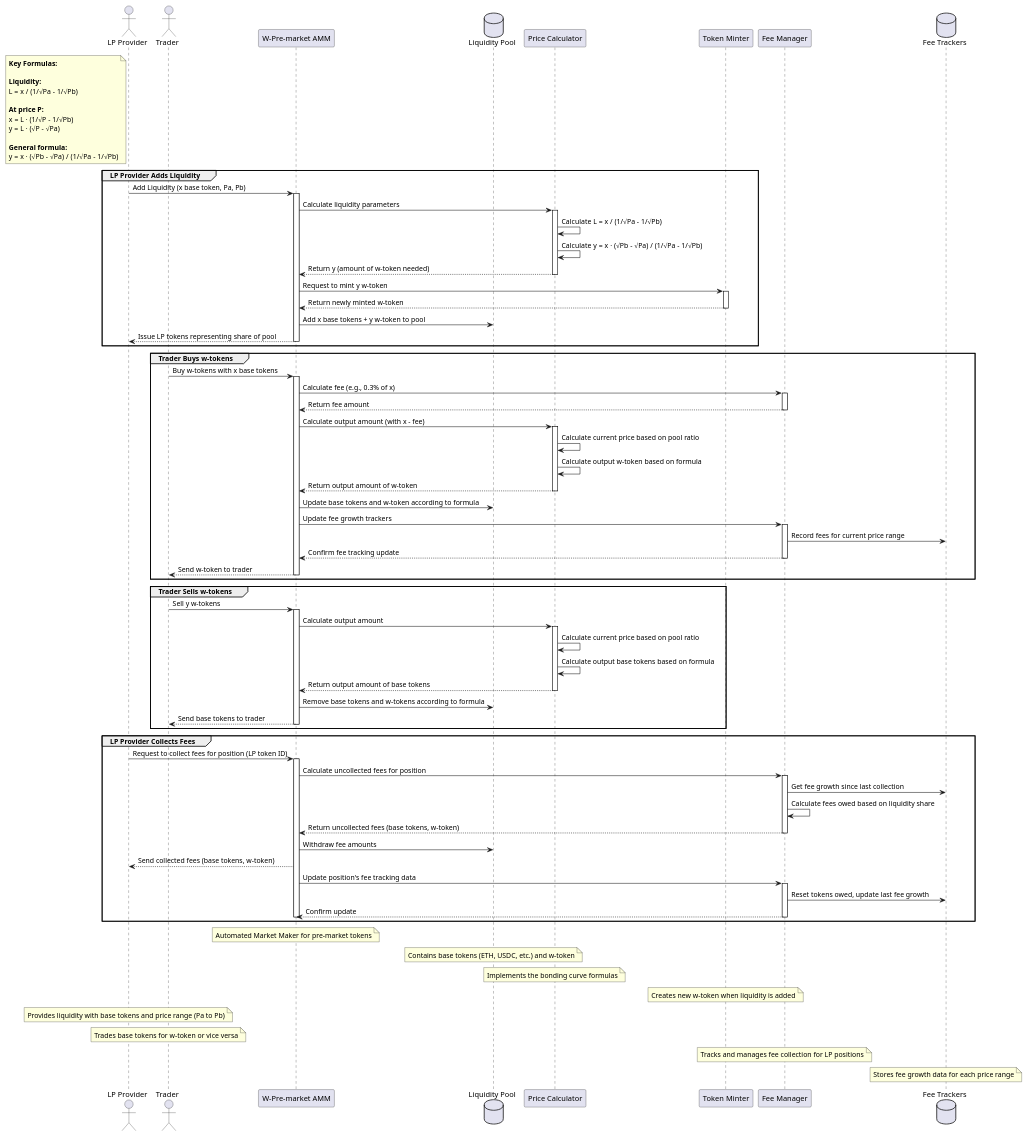
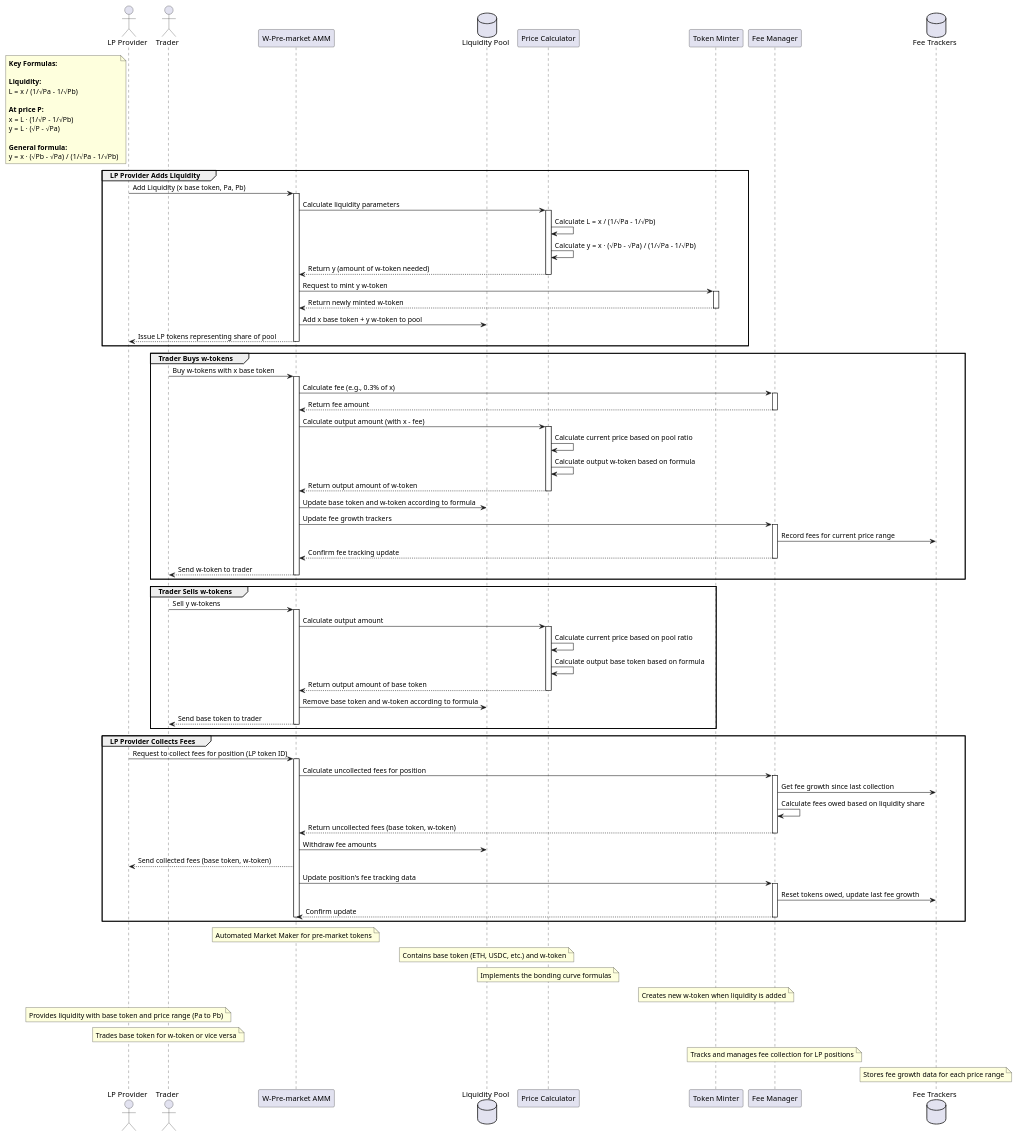
The diagram in whales/w_pre_market_amm.wsd (nierdna/hermit-diagrams), drawn with PlantUML before and after one commit. The commit also changed 3 other files, not shown here.

First line of the commit message:
Standardize base token terminology in W-Pre-market AMM documentation

```diff
--- a/whales/w_pre_market_amm.wsd
+++ b/whales/w_pre_market_amm.wsd
@@ -1,146 +1,146 @@
 @startuml W-Pre-market AMM System
 
 ' Define participants
 actor "LP Provider" as LPProvider
 actor "Trader" as Trader
 participant "W-Pre-market AMM" as AMM
 database "Liquidity Pool" as Pool
 participant "Price Calculator" as Calculator
 participant "Token Minter" as Minter
 participant "Fee Manager" as FeeManager
 database "Fee Trackers" as FeeTrackers
 
 ' Style
 skinparam sequence {
     ParticipantBackgroundColor LightBlue
     ActorBackgroundColor LightGreen
     DatabaseBackgroundColor LightPink
     LifeLineColor Gray
     BorderColor Black
 }
 
 ' Define mathematical formulas as notes
 note left of LPProvider
   <b>Key Formulas:</b>
   
   <b>Liquidity:</b>
   L = x / (1/√Pa - 1/√Pb)
   
   <b>At price P:</b>
   x = L · (1/√P - 1/√Pb)
   y = L · (√P - √Pa)
   
   <b>General formula:</b>
   y = x · (√Pb - √Pa) / (1/√Pa - 1/√Pb)
 end note
 
 ' LP Provider Flow
 group LP Provider Adds Liquidity
     LPProvider -> AMM: Add Liquidity (x base token, Pa, Pb)
     activate AMM
     
     AMM -> Calculator: Calculate liquidity parameters
     activate Calculator
     
     Calculator -> Calculator: Calculate L = x / (1/√Pa - 1/√Pb)
     Calculator -> Calculator: Calculate y = x · (√Pb - √Pa) / (1/√Pa - 1/√Pb)
     Calculator --> AMM: Return y (amount of w-token needed)
     deactivate Calculator
     
     AMM -> Minter: Request to mint y w-token
     activate Minter
     Minter --> AMM: Return newly minted w-token
     deactivate Minter
     
-    AMM -> Pool: Add x base tokens + y w-token to pool
+    AMM -> Pool: Add x base token + y w-token to pool
     AMM --> LPProvider: Issue LP tokens representing share of pool
     
     deactivate AMM
 end
 
 ' Trader Flow - Buy w-tokens
 group Trader Buys w-tokens
-    Trader -> AMM: Buy w-tokens with x base tokens
+    Trader -> AMM: Buy w-tokens with x base token
     activate AMM
     
     AMM -> FeeManager: Calculate fee (e.g., 0.3% of x)
     activate FeeManager
     FeeManager --> AMM: Return fee amount
     deactivate FeeManager
     
     AMM -> Calculator: Calculate output amount (with x - fee)
     activate Calculator
     
     Calculator -> Calculator: Calculate current price based on pool ratio
     Calculator -> Calculator: Calculate output w-token based on formula
     Calculator --> AMM: Return output amount of w-token
     deactivate Calculator
     
-    AMM -> Pool: Update base tokens and w-token according to formula
+    AMM -> Pool: Update base token and w-token according to formula
     
     AMM -> FeeManager: Update fee growth trackers
     activate FeeManager
     FeeManager -> FeeTrackers: Record fees for current price range
     FeeManager --> AMM: Confirm fee tracking update
     deactivate FeeManager
     
     AMM --> Trader: Send w-token to trader
     
     deactivate AMM
 end
 
 ' Trader Flow - Sell w-tokens
 group Trader Sells w-tokens
     Trader -> AMM: Sell y w-tokens
     activate AMM
     
     AMM -> Calculator: Calculate output amount
     activate Calculator
     
     Calculator -> Calculator: Calculate current price based on pool ratio
-    Calculator -> Calculator: Calculate output base tokens based on formula
-    Calculator --> AMM: Return output amount of base tokens
+    Calculator -> Calculator: Calculate output base token based on formula
+    Calculator --> AMM: Return output amount of base token
     deactivate Calculator
     
-    AMM -> Pool: Remove base tokens and w-tokens according to formula
-    AMM --> Trader: Send base tokens to trader
+    AMM -> Pool: Remove base token and w-token according to formula
+    AMM --> Trader: Send base token to trader
     
     deactivate AMM
 end
 
 ' Add a new flow for fee collection
 group LP Provider Collects Fees
     LPProvider -> AMM: Request to collect fees for position (LP token ID)
     activate AMM
     
     AMM -> FeeManager: Calculate uncollected fees for position
     activate FeeManager
     
     FeeManager -> FeeTrackers: Get fee growth since last collection
     FeeManager -> FeeManager: Calculate fees owed based on liquidity share
-    FeeManager --> AMM: Return uncollected fees (base tokens, w-token)
+    FeeManager --> AMM: Return uncollected fees (base token, w-token)
     deactivate FeeManager
     
     AMM -> Pool: Withdraw fee amounts
-    AMM --> LPProvider: Send collected fees (base tokens, w-token)
+    AMM --> LPProvider: Send collected fees (base token, w-token)
     
     AMM -> FeeManager: Update position's fee tracking data
     activate FeeManager
     FeeManager -> FeeTrackers: Reset tokens owed, update last fee growth
     FeeManager --> AMM: Confirm update
     deactivate FeeManager
     
     deactivate AMM
 end
 
 ' Add notes
 note over AMM: Automated Market Maker for pre-market tokens
-note over Pool: Contains base tokens (ETH, USDC, etc.) and w-token
+note over Pool: Contains base token (ETH, USDC, etc.) and w-token
 note over Calculator: Implements the bonding curve formulas
 note over Minter: Creates new w-token when liquidity is added
-note over LPProvider: Provides liquidity with base tokens and price range (Pa to Pb)
-note over Trader: Trades base tokens for w-token or vice versa
+note over LPProvider: Provides liquidity with base token and price range (Pa to Pb)
+note over Trader: Trades base token for w-token or vice versa
 note over FeeManager: Tracks and manages fee collection for LP positions
 note over FeeTrackers: Stores fee growth data for each price range
 
 @enduml 
```
